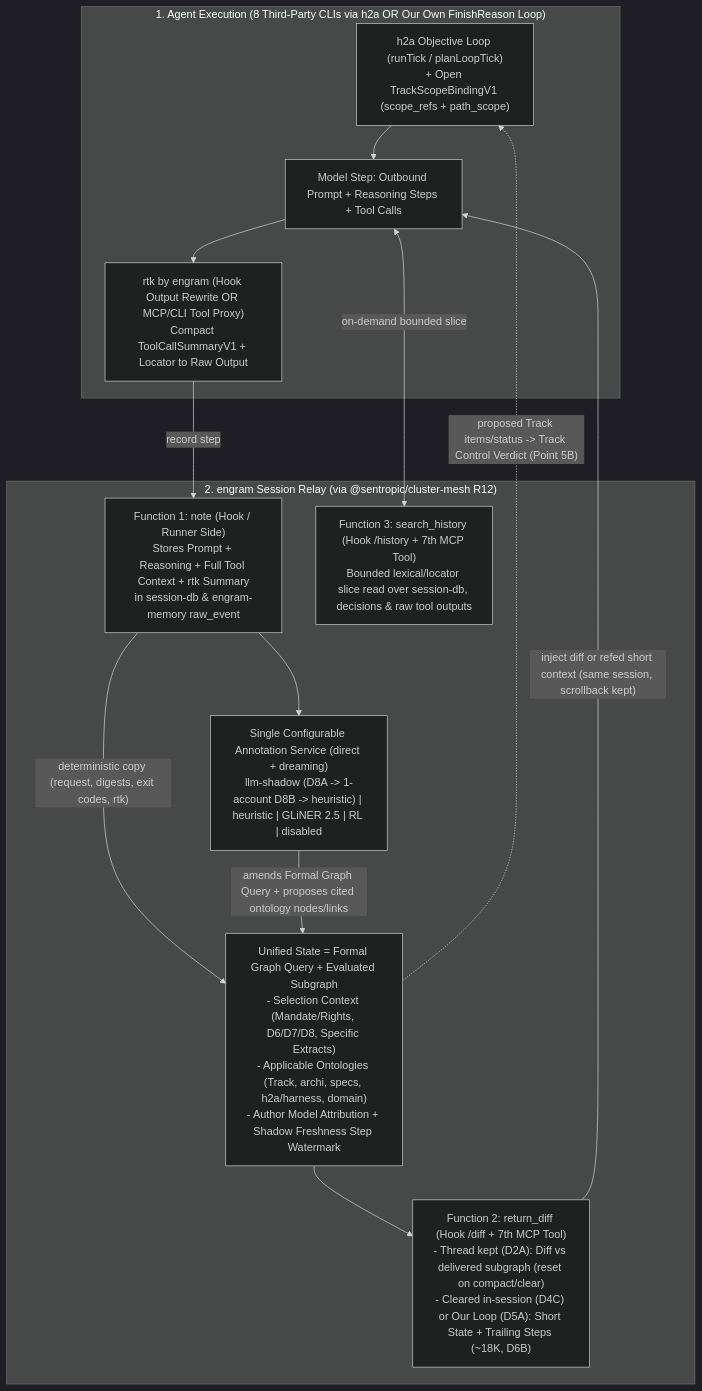
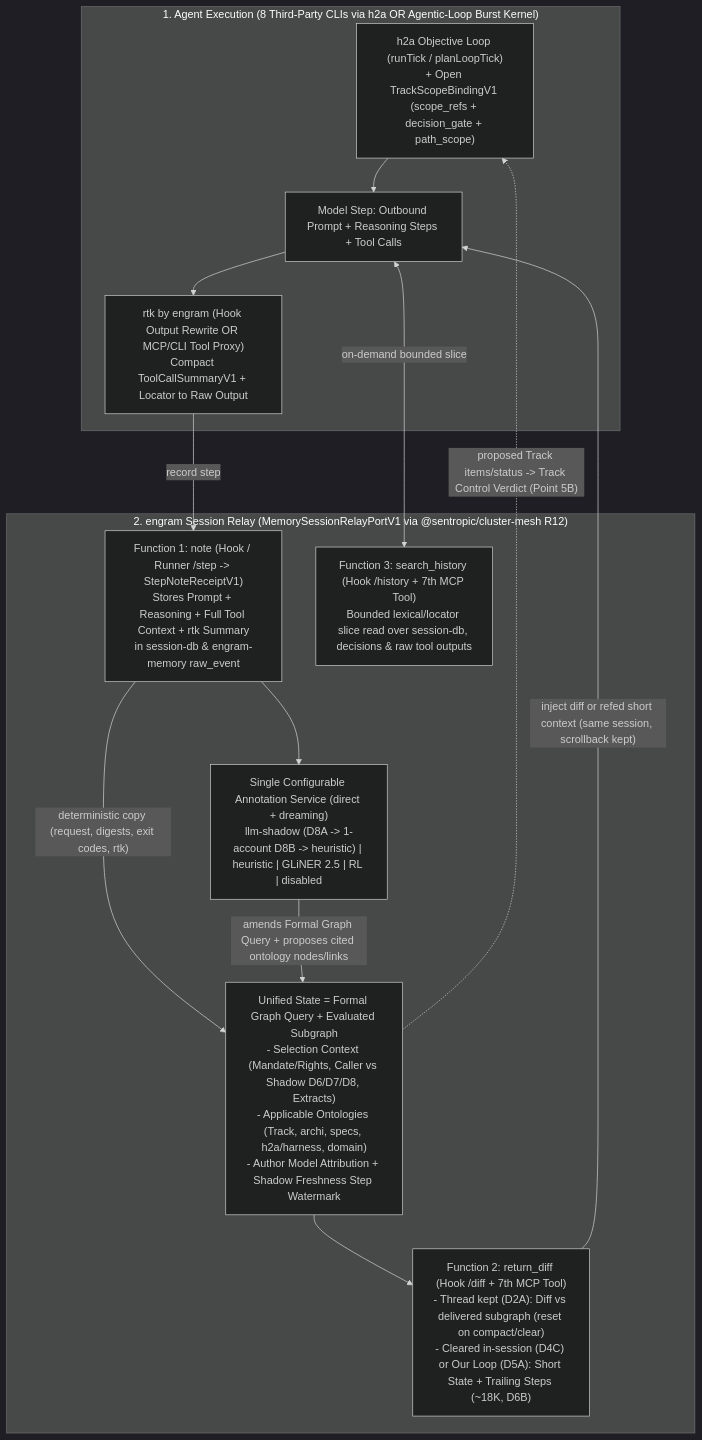
The diagram in spec/SPEC_ENGRAM_CONTEXTUAL_GRAPH_AND_PROMPT_LOOP.md (rhanka/engram), drawn with Mermaid (dark theme) before and after one commit. The commit also changed other lines of this file and 3 other files, not shown here.

Commit message:
spec(memory): apply review round 2 to Spec 2 (v0.4.2) — one definition per contract, loop seam adapted to the agent-loop dossier, frozen outer envelope kept

````diff
--- a/spec/SPEC_ENGRAM_CONTEXTUAL_GRAPH_AND_PROMPT_LOOP.md
+++ b/spec/SPEC_ENGRAM_CONTEXTUAL_GRAPH_AND_PROMPT_LOOP.md
@@ -77,27 +78,27 @@
 ```mermaid
 flowchart TB
-    subgraph LoopAndHosts["1. Agent Execution (8 Third-Party CLIs via h2a OR Our Own FinishReason Loop)"]
-        OBJ["h2a Objective Loop (runTick / planLoopTick)\n+ Open TrackScopeBindingV1 (scope_refs + path_scope)"]
+    subgraph LoopAndHosts["1. Agent Execution (8 Third-Party CLIs via h2a OR Agentic-Loop Burst Kernel)"]
+        OBJ["h2a Objective Loop (runTick / planLoopTick)\n+ Open TrackScopeBindingV1 (scope_refs + decision_gate + path_scope)"]
         STEP["Model Step: Outbound Prompt + Reasoning Steps + Tool Calls"]
         PROXY["rtk by engram (Hook Output Rewrite OR MCP/CLI Tool Proxy)\nCompact ToolCallSummaryV1 + Locator to Raw Output"]
         OBJ --> STEP
         STEP --> PROXY
     end
 
-    subgraph EngramRelay["2. engram Session Relay (via @sentropic/cluster-mesh R12)"]
-        NOTE["Function 1: note (Hook / Runner Side)\nStores Prompt + Reasoning + Full Tool Context + rtk Summary\nin session-db & engram-memory raw_event"]
+    subgraph EngramRelay["2. engram Session Relay (MemorySessionRelayPortV1 via @sentropic/cluster-mesh R12)"]
+        NOTE["Function 1: note (Hook / Runner /step -> StepNoteReceiptV1)\nStores Prompt + Reasoning + Full Tool Context + rtk Summary\nin session-db & engram-memory raw_event"]
         SHADOW["Single Configurable Annotation Service (direct + dreaming)\nllm-shadow (D8A -> 1-account D8B -> heuristic) | heuristic | GLiNER 2.5 | RL | disabled"]
-        STATE["Unified State = Formal Graph Query + Evaluated Subgraph\n- Selection Context (Mandate/Rights, D6/D7/D8, Specific Extracts)\n- Applicable Ontologies (Track, archi, specs, h2a/harness, domain)\n- Author Model Attribution + Shadow Freshness Step Watermark"]
+        STATE["Unified State = Formal Graph Query + Evaluated Subgraph\n- Selection Context (Mandate/Rights, Caller vs Shadow D6/D7/D8, Extracts)\n- Applicable Ontologies (Track, archi, specs, h2a/harness, domain)\n- Author Model Attribution + Shadow Freshness Step Watermark"]
         DIFF["Function 2: return_diff (Hook /diff + 7th MCP Tool)\n- Thread kept (D2A): Diff vs delivered subgraph (reset on compact/clear)\n- Cleared in-session (D4C) or Our Loop (D5A): Short State + Trailing Steps (~18K, D6B)"]
         SEARCH["Function 3: search_history (Hook /history + 7th MCP Tool)\nBounded lexical/locator slice read over session-db, decisions & raw tool outputs"]
     end
 
     PROXY -->|"record step"| NOTE
     NOTE --> SHADOW
     NOTE -->|"deterministic copy (request, digests, exit codes, rtk)"| STATE
     SHADOW -->|"amends Formal Graph Query + proposes cited ontology nodes/links"| STATE
     STATE --> DIFF
     DIFF -->|"inject diff or refed short context (same session, scrollback kept)"| STEP
     STEP <-->|"on-demand bounded slice"| SEARCH
     STATE -.->|"proposed Track items/status -> Track Control Verdict (Point 5B)"| OBJ
 ```
````
